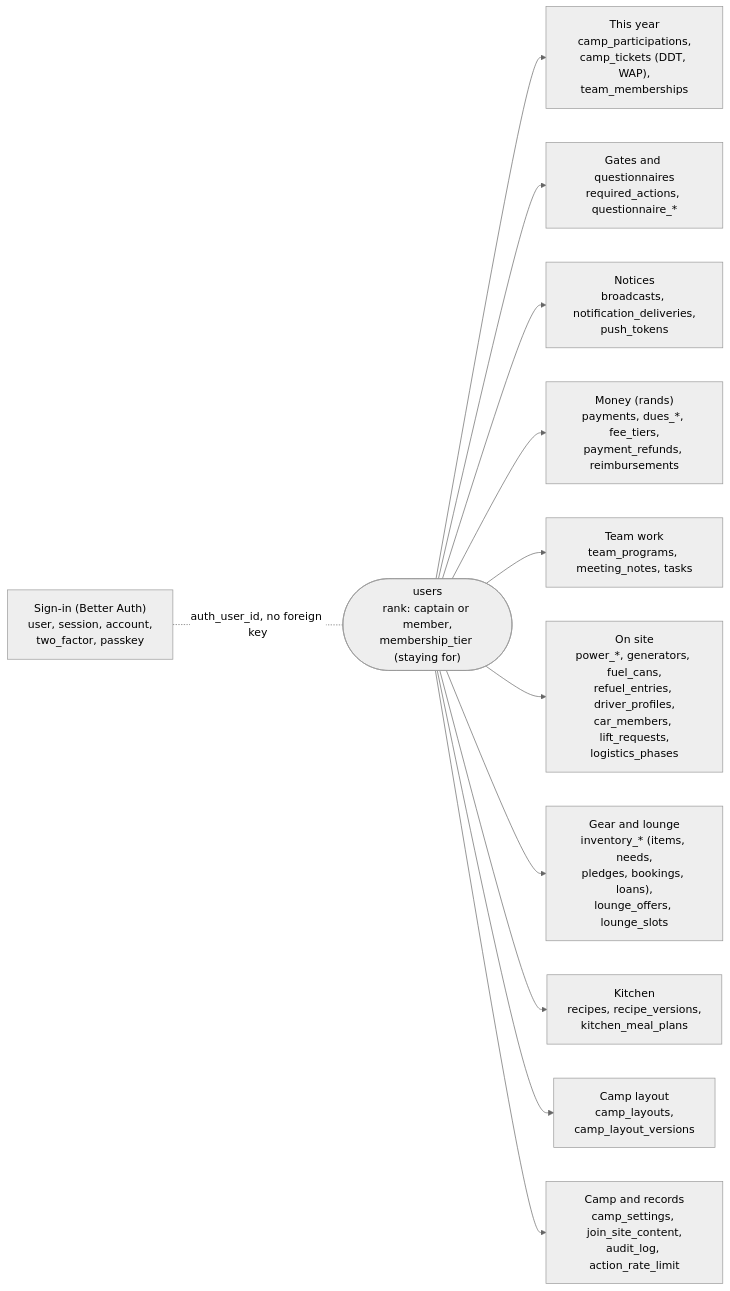
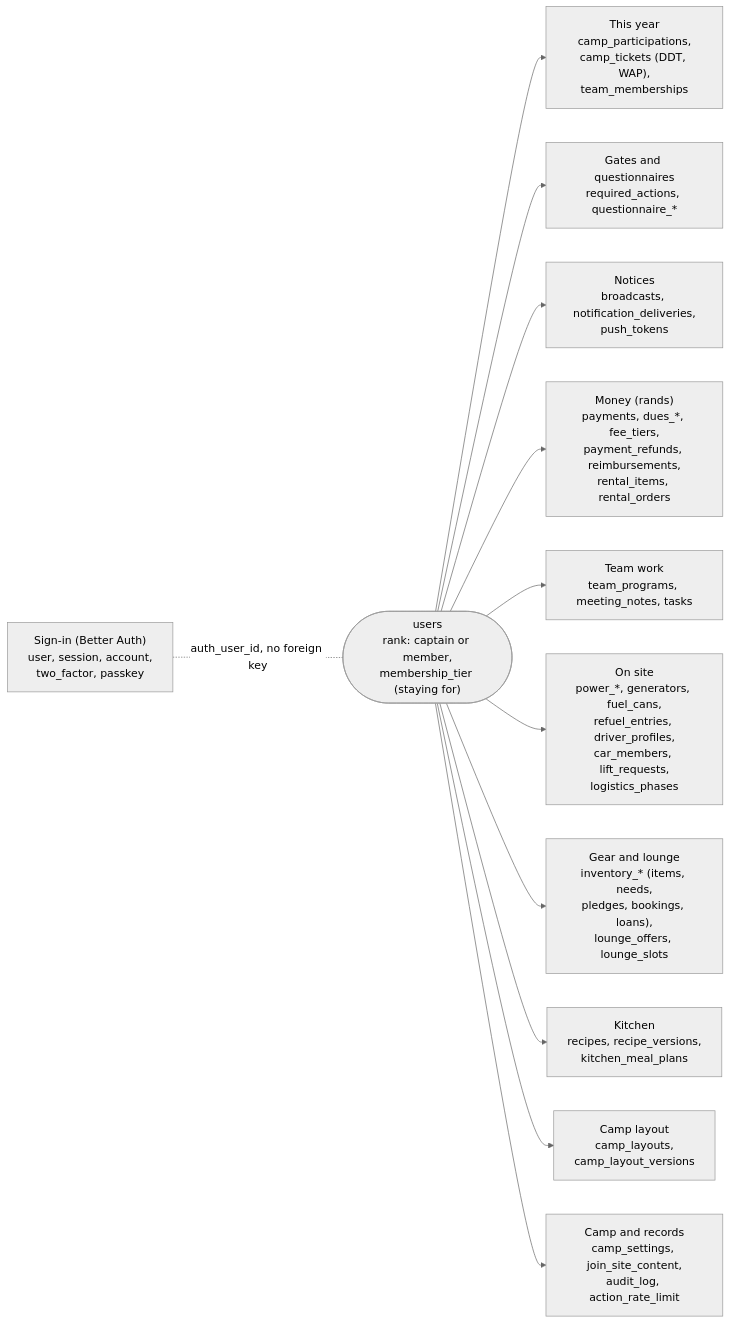
Before and after one commit to RyRy79261/camp-404: the fifth of 6 diagrams in docs/architecture.md, drawn with Mermaid (neutral theme). The commit also changed 63 other files, not shown here.

First line of the commit message:
feat(rental): members say what gear they need, and a captain picks camp stock or the supplier and charges their dues (#314)

````diff
--- a/docs/architecture.md
+++ b/docs/architecture.md
@@ -136,19 +136,19 @@
 ```mermaid
 flowchart LR
   authT["Sign-in (Better Auth)<br/>user, session, account,<br/>two_factor, passkey"]
   users(["users<br/>rank: captain or member,<br/>membership_tier (staying for)"])
   year["This year<br/>camp_participations,<br/>camp_tickets (DDT, WAP),<br/>team_memberships"]
   gates["Gates and questionnaires<br/>required_actions, questionnaire_*"]
   notes["Notices<br/>broadcasts, notification_deliveries,<br/>push_tokens"]
-  money["Money (rands)<br/>payments, dues_*, fee_tiers,<br/>payment_refunds, reimbursements"]
+  money["Money (rands)<br/>payments, dues_*, fee_tiers,<br/>payment_refunds, reimbursements,<br/>rental_items, rental_orders"]
   teams["Team work<br/>team_programs, meeting_notes, tasks"]
   site["On site<br/>power_*, generators, fuel_cans,<br/>refuel_entries, driver_profiles,<br/>car_members, lift_requests,<br/>logistics_phases"]
   gear["Gear and lounge<br/>inventory_* (items, needs,<br/>pledges, bookings, loans),<br/>lounge_offers, lounge_slots"]
   layout["Camp layout<br/>camp_layouts,<br/>camp_layout_versions"]
   kitchen["Kitchen<br/>recipes, recipe_versions,<br/>kitchen_meal_plans"]
   config["Camp and records<br/>camp_settings, join_site_content,<br/>audit_log, action_rate_limit"]
   authT -. auth_user_id, no foreign key .- users
   users --> year & gates & notes & money
   users --> teams & site & gear & kitchen
   users --> layout & config
 ```
````
